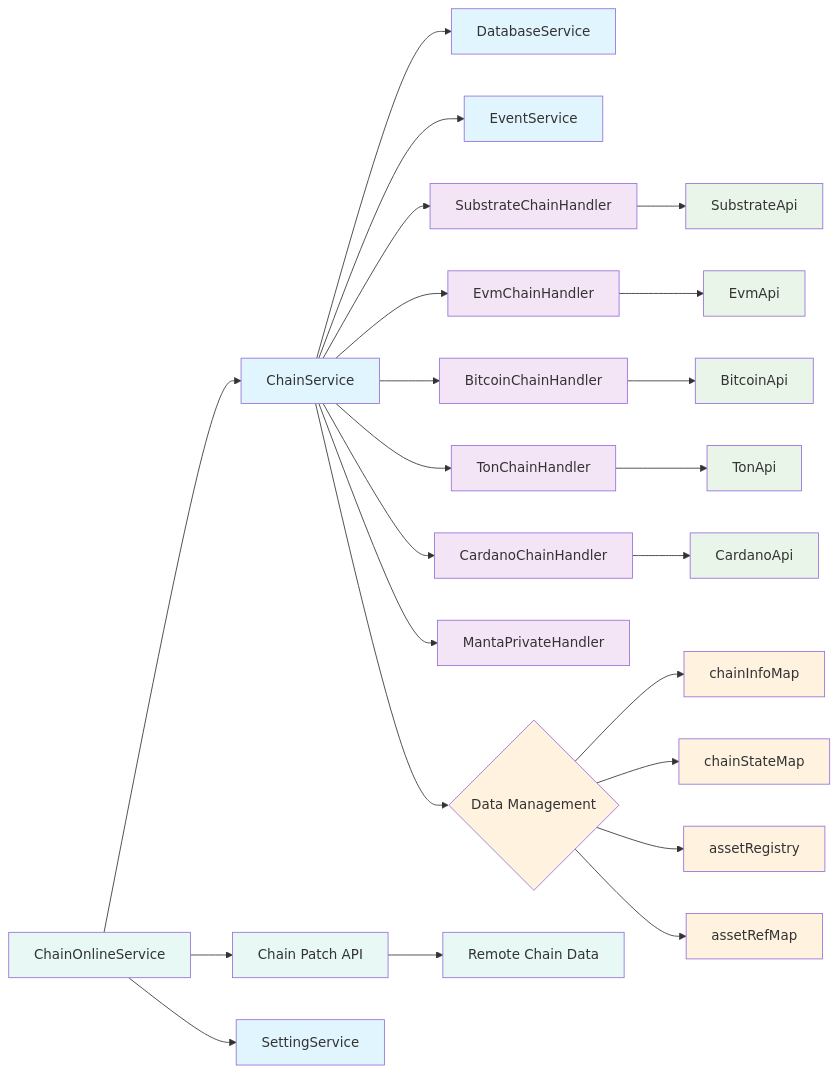
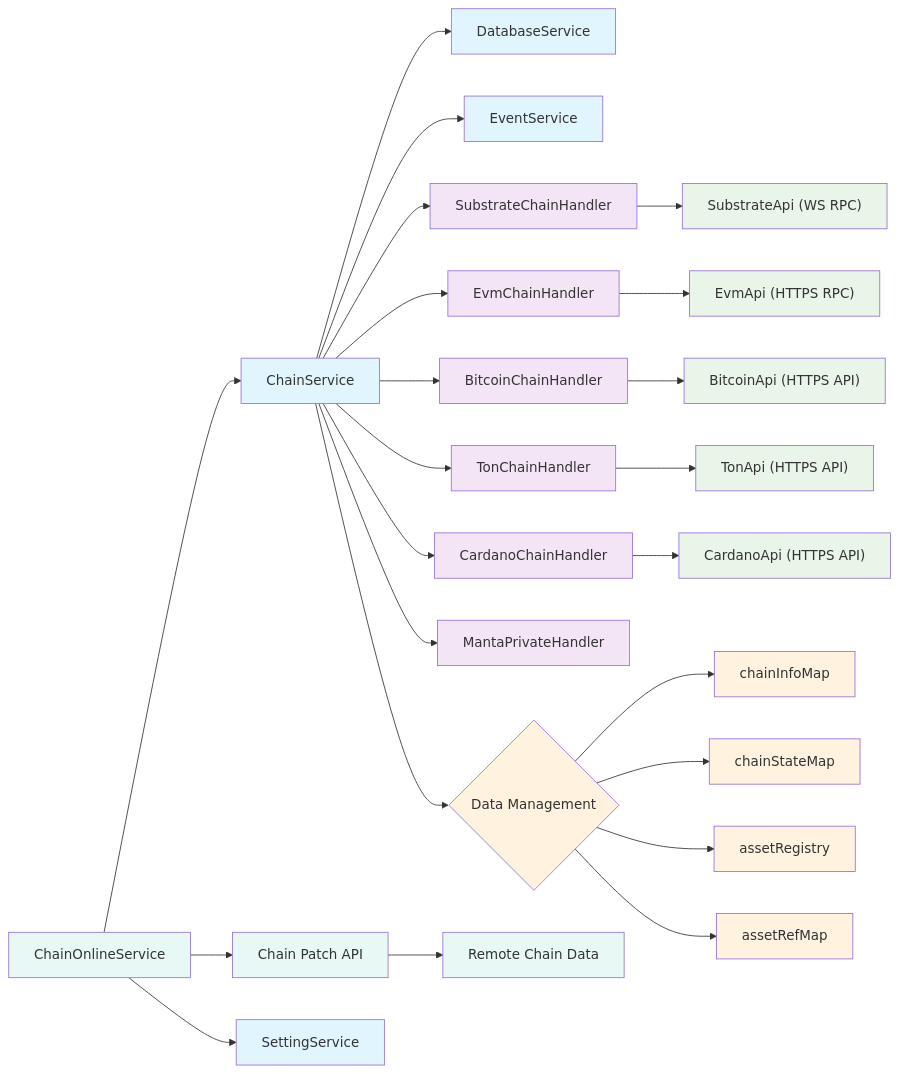
The first of 8 diagrams in packages/extension-base/src/services/chain-service/README.md (Koniverse/SubWallet-Extension), drawn with Mermaid before and after one commit. The commit also changed 3 other files, not shown here.

````diff
--- a/packages/extension-base/src/services/chain-service/README.md
+++ b/packages/extension-base/src/services/chain-service/README.md
@@ -17,40 +17,40 @@
 ```mermaid
 graph LR
     CS[ChainService] --> DBService[DatabaseService]
     CS --> EventService[EventService]
     CS --> SubstrateHandler[SubstrateChainHandler]
     CS --> EvmHandler[EvmChainHandler]
     CS --> BitcoinHandler[BitcoinChainHandler]
     CS --> TonHandler[TonChainHandler]
     CS --> CardanoHandler[CardanoChainHandler]
     CS --> MantaHandler[MantaPrivateHandler]
     
-    SubstrateHandler --> SubstrateApi[SubstrateApi]
-    EvmHandler --> EvmApi[EvmApi]
-    BitcoinHandler --> BitcoinApi[BitcoinApi]
-    TonHandler --> TonApi[TonApi]
-    CardanoHandler --> CardanoApi[CardanoApi]
+    SubstrateHandler --> SubstrateApi["SubstrateApi (WS RPC)"]
+    EvmHandler --> EvmApi["EvmApi (HTTPS RPC)"]
+    BitcoinHandler --> BitcoinApi["BitcoinApi (HTTPS API)"]
+    TonHandler --> TonApi["TonApi (HTTPS API)"]
+    CardanoHandler --> CardanoApi["CardanoApi (HTTPS API)"]
     
     CS --> DataMap{Data Management}
     DataMap --> ChainInfoMap[chainInfoMap]
     DataMap --> ChainStateMap[chainStateMap]
     DataMap --> AssetRegistry[assetRegistry]
     DataMap --> AssetRefMap[assetRefMap]
 
     ChainOnlineService[ChainOnlineService] --> CS
     ChainOnlineService --> PatchAPI[Chain Patch API]
     ChainOnlineService --> SettingService[SettingService]
     PatchAPI --> RemoteChainData[Remote Chain Data]
 
     classDef service fill:#e1f5fe
     classDef handler fill:#f3e5f5
     classDef api fill:#e8f5e8
     classDef data fill:#fff3e0
     classDef online fill:#e8f9f5
     
     class CS,DBService,EventService,SettingService service
     class SubstrateHandler,EvmHandler,BitcoinHandler,TonHandler,CardanoHandler,MantaHandler handler
     class SubstrateApi,EvmApi,BitcoinApi,TonApi,CardanoApi api
     class DataMap,ChainInfoMap,ChainStateMap,AssetRegistry,AssetRefMap data
     class ChainOnlineService,PatchAPI,RemoteChainData online
 ```
````
